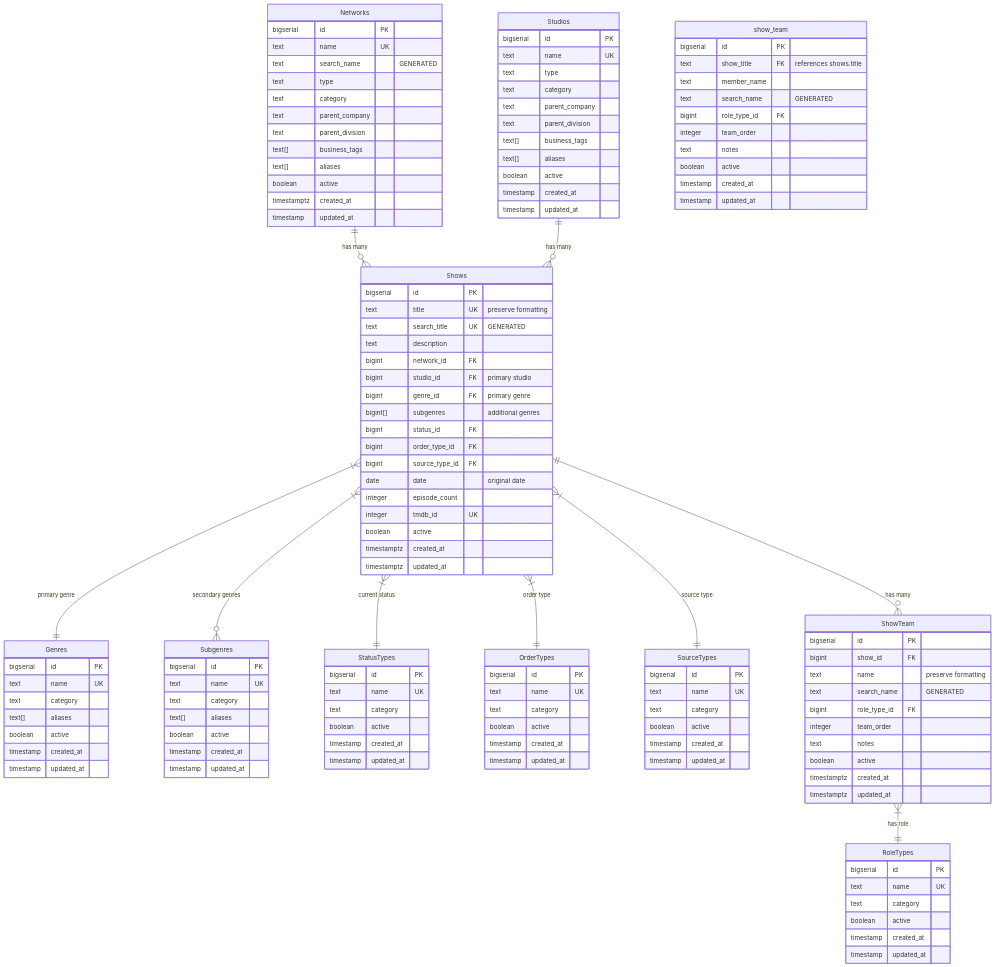
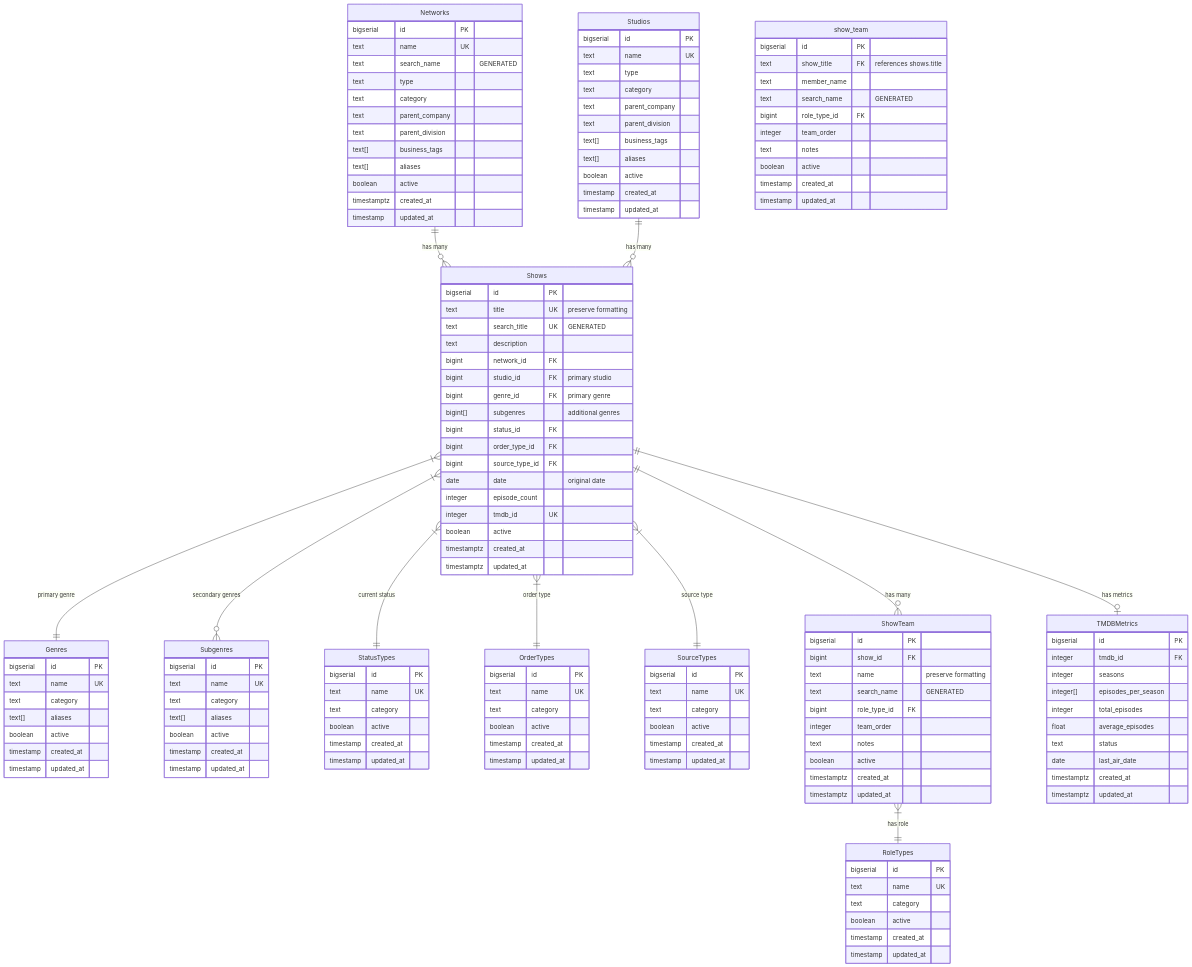
One commit to Logan1brown/GoogleDB changed the diagram in docs/supabase_docs/RELATIONSHIPS.md. Above: the diagram before and after it, drawn with Mermaid. The commit also changed 4 other files, not shown here.

```diff
--- a/docs/supabase_docs/RELATIONSHIPS.md
+++ b/docs/supabase_docs/RELATIONSHIPS.md
@@ -14,6 +14,7 @@
 
     Shows ||--o{ ShowTeam : "has many"
     ShowTeam }|--|| RoleTypes : "has role"
+    Shows ||--o| TMDBMetrics : "has metrics"
 
     Shows {
         bigserial id PK
@@ -31,6 +32,19 @@
         integer episode_count
         integer tmdb_id UK
         boolean active
+        timestamptz created_at
+        timestamptz updated_at
+    }
+
+    TMDBMetrics {
+        bigserial id PK
+        integer tmdb_id FK
+        integer seasons
+        integer[] episodes_per_season
+        integer total_episodes
+        float average_episodes
+        text status
+        date last_air_date
         timestamptz created_at
         timestamptz updated_at
     }
```
